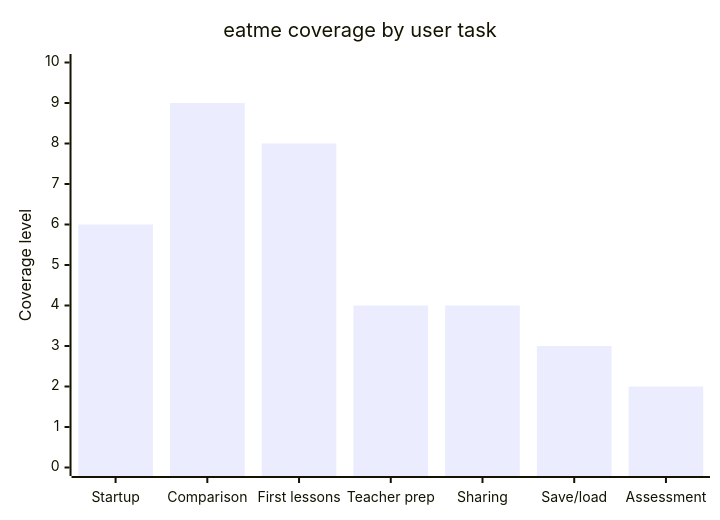
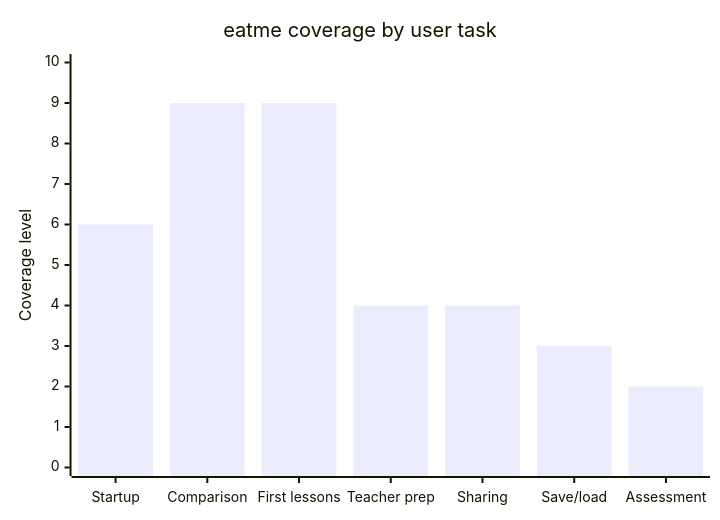
One commit to rysweet/drinkme changed the fourth of 6 diagrams in README.md. Above: the diagram before and after it, drawn with Mermaid. The commit also changed other lines of this file and 2 other files, not shown here.

````diff
--- a/README.md
+++ b/README.md
@@ -101,7 +101,7 @@
 ```mermaid
 xychart-beta
   title "eatme coverage by user task"
   x-axis ["Startup", "Comparison", "First lessons", "Teacher prep", "Sharing", "Save/load", "Assessment"]
   y-axis "Coverage level" 0 --> 10
-  bar [6, 9, 8, 4, 4, 3, 2]
+  bar [6, 9, 9, 4, 4, 3, 2]
 ```
````
